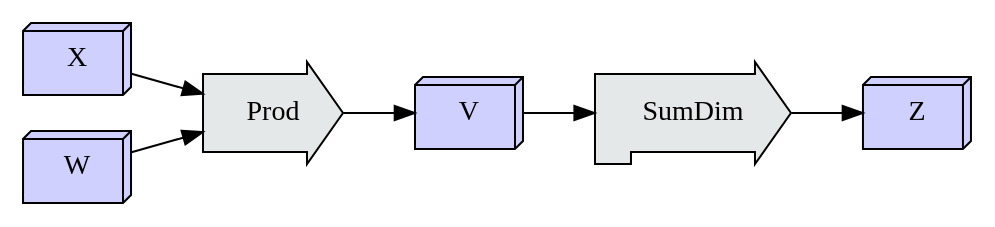
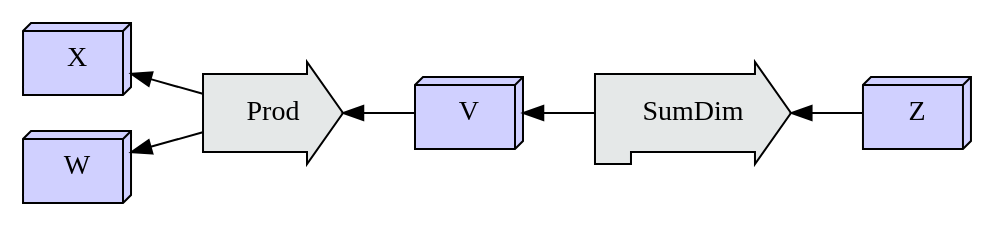
One commit to crutcher/crutcher.github.io-source changed diagram 26 of 58 in source/Tapestry/index.md. Above: the diagram before and after it, drawn with Graphviz. The commit also changed other lines of this file, not shown here.

Commit message:
migrate graphs to RL; add some semantic type notes.

````diff
--- a/source/Tapestry/index.md
+++ b/source/Tapestry/index.md
@@ -3459,27 +3753,28 @@
 ```graphviz
 digraph D {
-    rankdir=LR;
+    rankdir=RL;
     X, W, V, Z [shape=box3d, fillcolor="#d0d0ff", style=filled];
     
-    X -> Prod;
-    W -> Prod;
+    Prod -> X;
+    Prod -> W;
+    
     Prod [
         shape=rarrow,
         margin=0.25,
         style=filled,
         fillcolor="#E5E8E8",
     ];
     
-    Prod -> V;
+    V -> Prod;
+    SumDim -> V;
     
-    V -> SumDim;
     SumDim [
       shape=rpromoter,
       margin=0.25,
       style=filled,
       fillcolor="#E5E8E8",
     ];
     
-    SumDim -> Z;
+    Z -> SumDim;
 }
 ```
````
